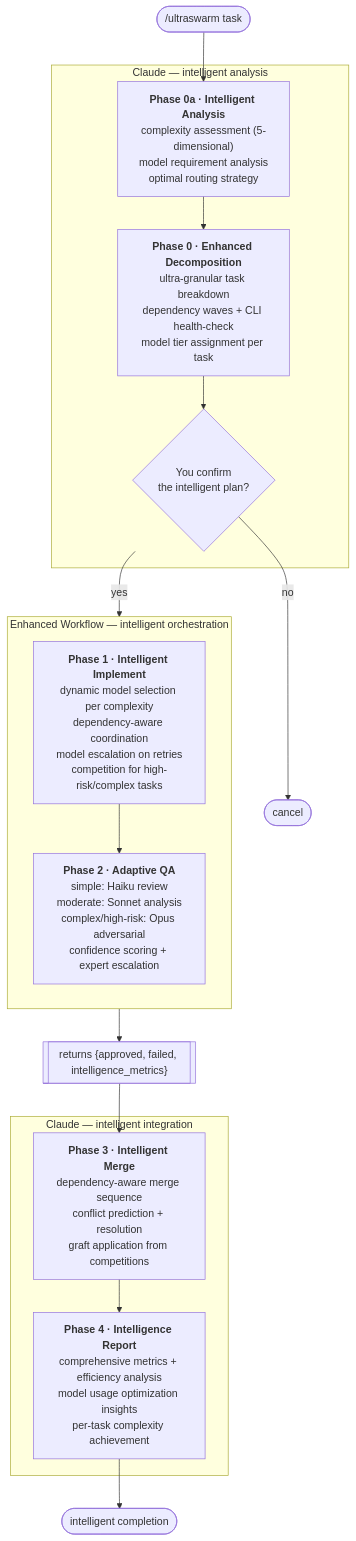
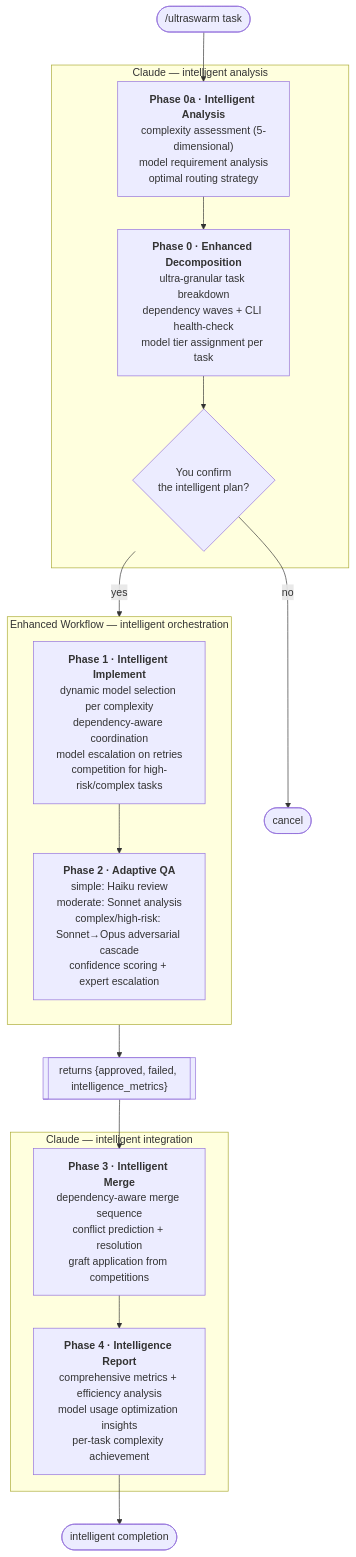
One commit to fubak/ultraswarm changed the first of 2 diagrams in README.md. Above: the diagram before and after it, drawn with Mermaid. The commit also changed other lines of this file and 8 other files, not shown here.

First line of the commit message:
feat: Claude-model token optimization — real per-phase routing, QA cascade, Fable opt-in (#2)

````diff
--- a/README.md
+++ b/README.md
@@ -36,30 +36,30 @@
 ```mermaid
 flowchart TD
     U([/ultraswarm task]) --> P0A
 
     subgraph claude0 [" Claude — intelligent analysis "]
         P0A["<b>Phase 0a · Intelligent Analysis</b><br/>complexity assessment (5-dimensional)<br/>model requirement analysis<br/>optimal routing strategy"]
         P0["<b>Phase 0 · Enhanced Decomposition</b><br/>ultra-granular task breakdown<br/>dependency waves + CLI health-check<br/>model tier assignment per task"]
         CONF{"You confirm<br/>the intelligent plan?"}
     end
     P0A --> P0
     P0 --> CONF
     CONF -- no --> STOP([cancel])
 
     subgraph wf [" Enhanced Workflow — intelligent orchestration "]
         direction TB
         P1["<b>Phase 1 · Intelligent Implement</b><br/>dynamic model selection per complexity<br/>dependency-aware coordination<br/>model escalation on retries<br/>competition for high-risk/complex tasks"]
-        P2["<b>Phase 2 · Adaptive QA</b><br/>simple: Haiku review<br/>moderate: Sonnet analysis<br/>complex/high-risk: Opus adversarial<br/>confidence scoring + expert escalation"]
+        P2["<b>Phase 2 · Adaptive QA</b><br/>simple: Haiku review<br/>moderate: Sonnet analysis<br/>complex/high-risk: Sonnet→Opus adversarial cascade<br/>confidence scoring + expert escalation"]
         P1 --> P2
     end
     CONF -- yes --> P1
     P2 --> RET[["returns {approved, failed, intelligence_metrics}"]]
 
     subgraph claude1 [" Claude — intelligent integration "]
         P3["<b>Phase 3 · Intelligent Merge</b><br/>dependency-aware merge sequence<br/>conflict prediction + resolution<br/>graft application from competitions"]
         P4["<b>Phase 4 · Intelligence Report</b><br/>comprehensive metrics + efficiency analysis<br/>model usage optimization insights<br/>per-task complexity achievement"]
         P3 --> P4
     end
     RET --> P3
     P4 --> DONE([intelligent completion])
 ```
````
